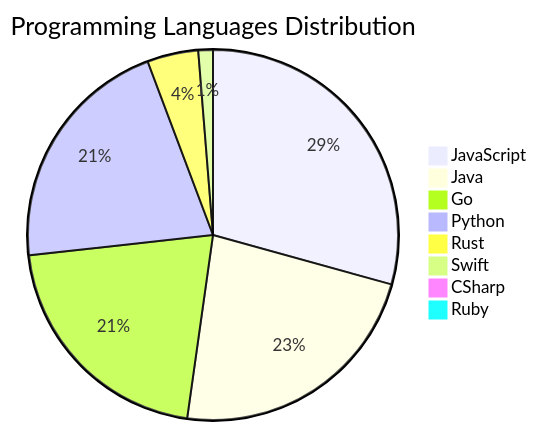
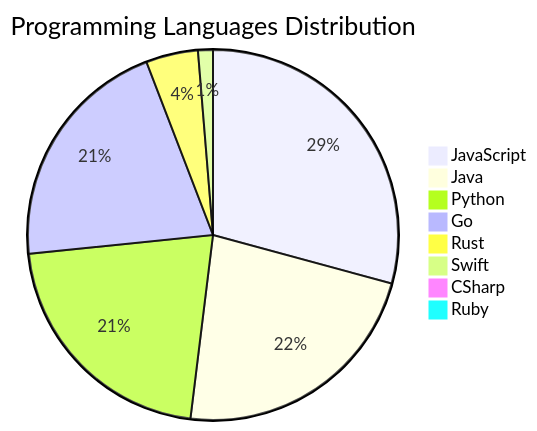
One commit to Derrick-MUGISHA/github-activity-bot changed the diagram in README.md. Above: the diagram before and after it, drawn with Mermaid. The commit also changed other lines of this file and 4 other files, not shown here.

````diff
--- a/README.md
+++ b/README.md
@@ -209,11 +208,11 @@
 ```mermaid
 pie title Programming Languages Distribution
-    "JavaScript" : 46
-    "Java" : 36
-    "Go" : 33
+    "JavaScript" : 45
+    "Java" : 35
     "Python" : 33
+    "Go" : 32
     "Rust" : 7
     "Swift" : 2
     "CSharp" : 1
     "Ruby" : 1
 ```
````
